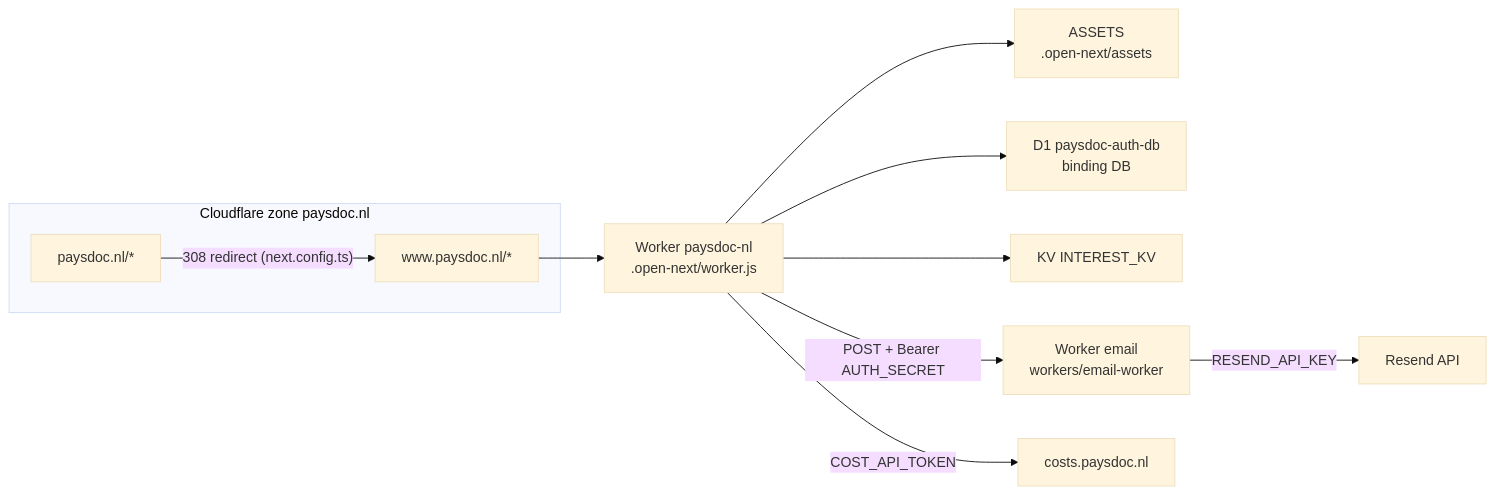
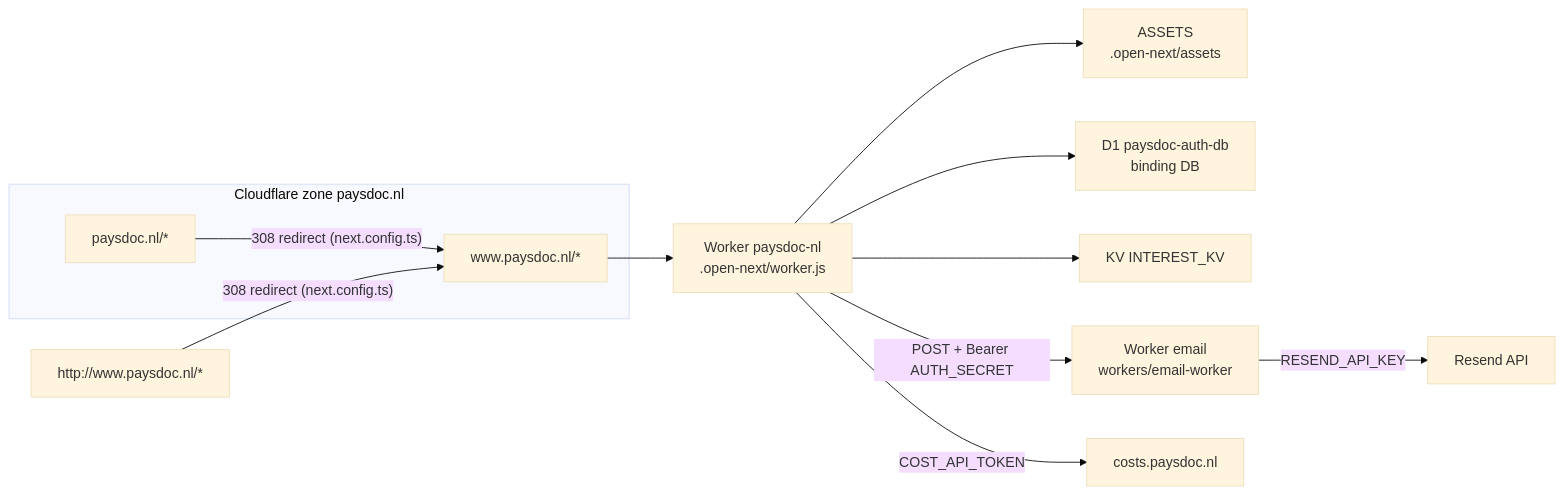
One commit to paysdoc/paysdoc.nl changed the diagram in docs/deployment/deployment-runbook.md. Above: the diagram before and after it, drawn with Mermaid (base theme). The commit also changed other lines of this file and 1 other file, not shown here.

````diff
--- a/docs/deployment/deployment-runbook.md
+++ b/docs/deployment/deployment-runbook.md
@@ -34,15 +34,17 @@
 ```mermaid
 flowchart LR
   subgraph zone["Cloudflare zone paysdoc.nl"]
     apex["paysdoc.nl/*"]
     www["www.paysdoc.nl/*"]
   end
+  http["http://www.paysdoc.nl/*"]
   apex -- "308 redirect (next.config.ts)" --> www
+  http -- "308 redirect (next.config.ts)" --> www
   www --> W["Worker paysdoc-nl<br/>.open-next/worker.js"]
   W --> A["ASSETS<br/>.open-next/assets"]
   W --> DB["D1 paysdoc-auth-db<br/>binding DB"]
   W --> KV["KV INTEREST_KV"]
   W -- "POST + Bearer AUTH_SECRET" --> E["Worker email<br/>workers/email-worker"]
   E -- "RESEND_API_KEY" --> R["Resend API"]
   W -- "COST_API_TOKEN" --> C["costs.paysdoc.nl"]
 ```
````
